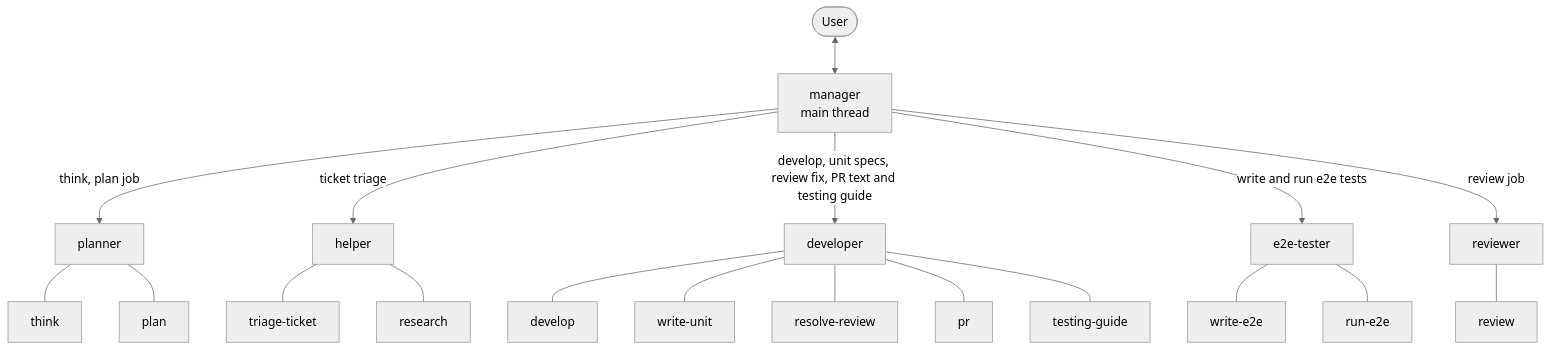
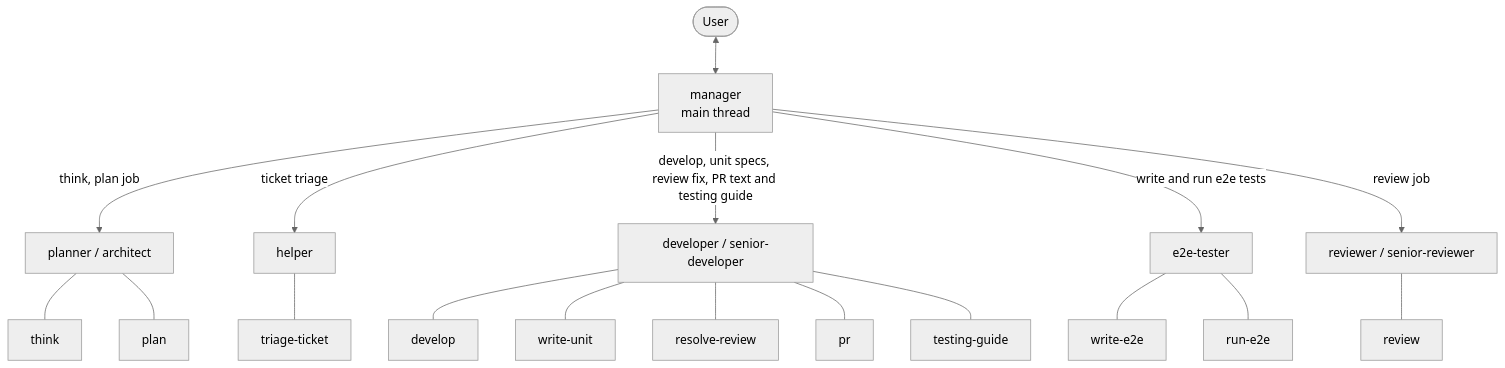
One commit to le0u0/plugins changed the first of 3 diagrams in agent-workflow/docs/architecture/ARCHITECTURE.md. Above: the diagram before and after it, drawn with Mermaid (neutral theme). The commit also changed other lines of this file and 7 other files, not shown here.

````diff
--- a/agent-workflow/docs/architecture/ARCHITECTURE.md
+++ b/agent-workflow/docs/architecture/ARCHITECTURE.md
@@ -7,15 +7,15 @@
 ```mermaid
 flowchart TD
     U([User]) <--> M[manager<br/>main thread]
-    M -->|think, plan job| P[planner]
+    M -->|think, plan job| P[planner / architect]
     M -->|ticket triage| H[helper]
-    M -->|develop, unit specs, review fix, PR text and testing guide| D[developer]
+    M -->|develop, unit specs, review fix, PR text and testing guide| D[developer / senior-developer]
     M -->|write and run e2e tests| E[e2e-tester]
-    M -->|review job| R[reviewer]
+    M -->|review job| R[reviewer / senior-reviewer]
 
     P --- P1[think] & P3[plan]
-    H --- H1[triage-ticket] & H2[research]
+    H --- H1[triage-ticket]
     D --- D1[develop] & D2[write-unit] & D4[resolve-review] & D6[pr] & D7[testing-guide]
     E --- E1[write-e2e] & E2[run-e2e]
     R --- R1[review]
 ```
````
